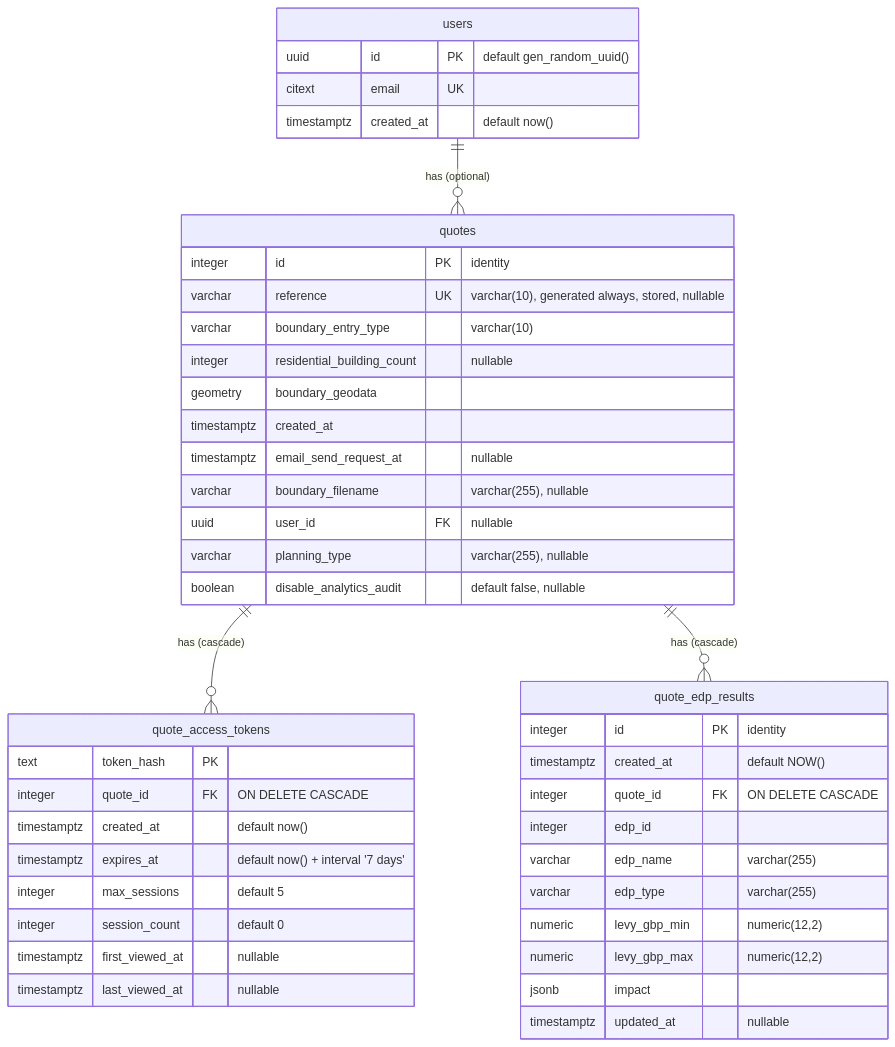
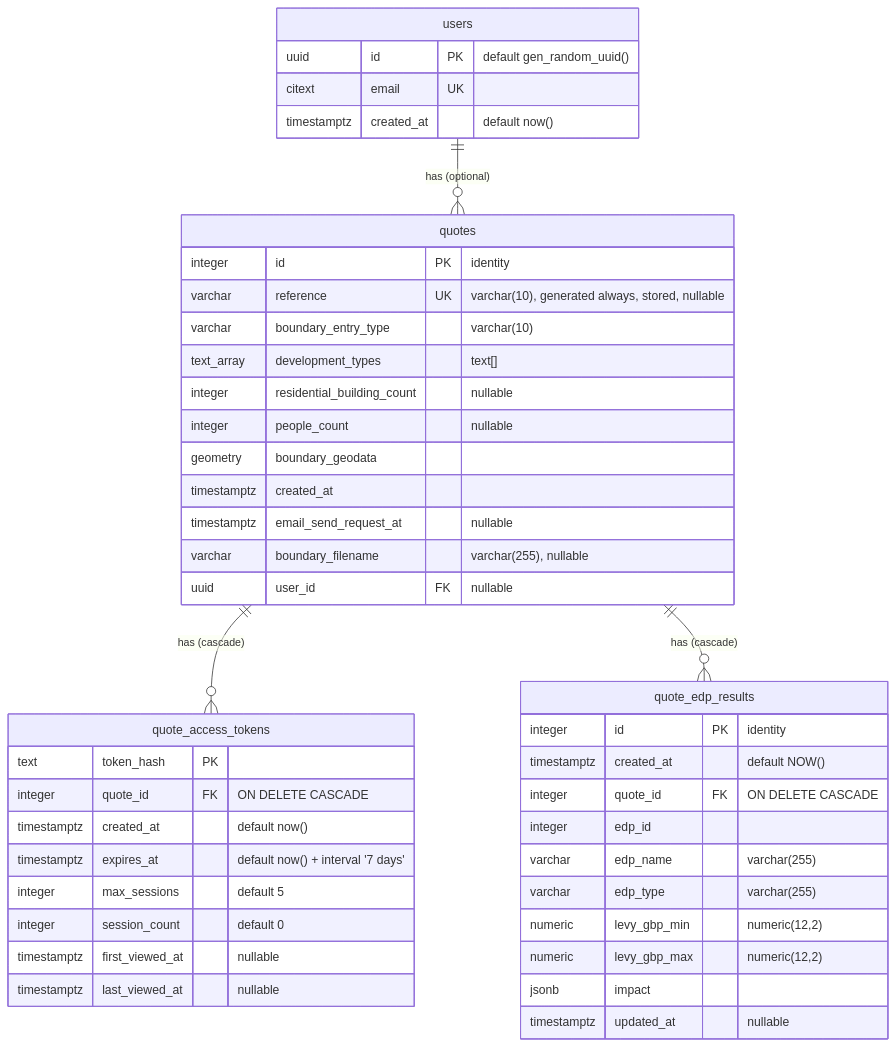
One commit to DEFRA/nrf-solution changed the second of 4 diagrams in docs/database-schema.md. Above: the diagram before and after it, drawn with Mermaid. The commit also changed other lines of this file and 2 other files, not shown here.

````diff
--- a/docs/database-schema.md
+++ b/docs/database-schema.md
@@ -38,50 +38,50 @@
 ```mermaid
 erDiagram
     quotes ||--o{ quote_access_tokens : "has (cascade)"
     quotes ||--o{ quote_edp_results : "has (cascade)"
     users ||--o{ quotes : "has (optional)"
 
     quote_access_tokens {
         text token_hash PK
         integer quote_id FK "ON DELETE CASCADE"
         timestamptz created_at "default now()"
         timestamptz expires_at "default now() + interval '7 days'"
         integer max_sessions "default 5"
         integer session_count "default 0"
         timestamptz first_viewed_at "nullable"
         timestamptz last_viewed_at "nullable"
     }
 
     quote_edp_results {
         integer id PK "identity"
         timestamptz created_at "default NOW()"
         integer quote_id FK "ON DELETE CASCADE"
         integer edp_id
         varchar edp_name "varchar(255)"
         varchar edp_type "varchar(255)"
         numeric levy_gbp_min "numeric(12,2)"
         numeric levy_gbp_max "numeric(12,2)"
         jsonb impact
         timestamptz updated_at "nullable"
     }
 
     quotes {
         integer id PK "identity"
         varchar reference UK "varchar(10), generated always, stored, nullable"
         varchar boundary_entry_type "varchar(10)"
+        text_array development_types "text[]"
         integer residential_building_count "nullable"
+        integer people_count "nullable"
         geometry boundary_geodata
         timestamptz created_at
         timestamptz email_send_request_at "nullable"
         varchar boundary_filename "varchar(255), nullable"
         uuid user_id FK "nullable"
-        varchar planning_type "varchar(255), nullable"
-        boolean disable_analytics_audit "default false, nullable"
     }
 
     users {
         uuid id PK "default gen_random_uuid()"
         citext email UK
         timestamptz created_at "default now()"
     }
 ```
````
